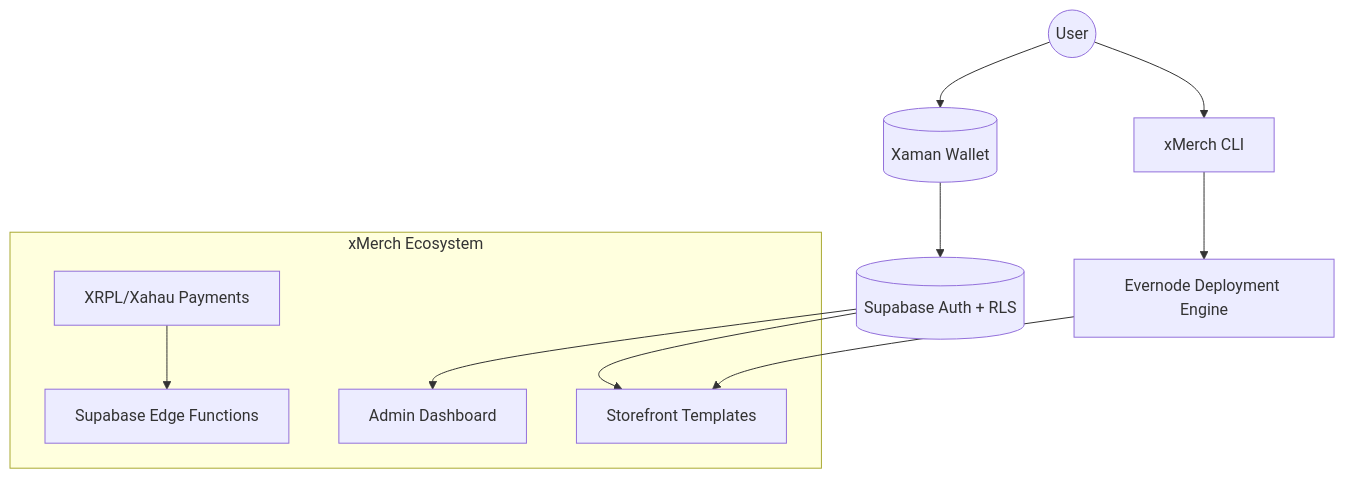
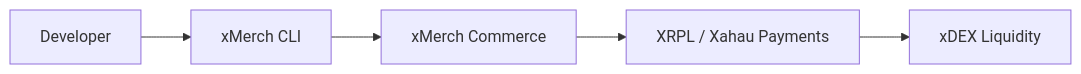
Before and after one commit to mworks-proj/mworks-proj: the diagram in README.md, drawn with Mermaid. The commit also changed other lines of this file, not shown here.

````diff
--- a/README.md
+++ b/README.md
@@ -33,19 +11,7 @@
 ```mermaid
-flowchart TD
-  User((User)) --> Xaman[(Xaman Wallet)]
-  Xaman --> SupabaseAuth[(Supabase Auth + RLS)]
-  User --> xMerchCLI[xMerch CLI]
-  xMerchCLI --> EvernodeDeploy[Evernode Deployment Engine]
-
-  subgraph "xMerch Ecosystem"
-    AdminUI[Admin Dashboard]
-    Storefronts[Storefront Templates]
-    Payments[XRPL/Xahau Payments]
-    Webhooks[Supabase Edge Functions]
-  end
-
-  EvernodeDeploy --> Storefronts
-  SupabaseAuth --> AdminUI
-  SupabaseAuth --> Storefronts
-  Payments --> Webhooks
+flowchart LR
+  Dev[Developer] --> CLI[xMerch CLI]
+  CLI --> Commerce[xMerch Commerce]
+  Commerce --> Payments[XRPL / Xahau Payments]
+  Payments --> xDEX[xDEX Liquidity]
 ```
````
